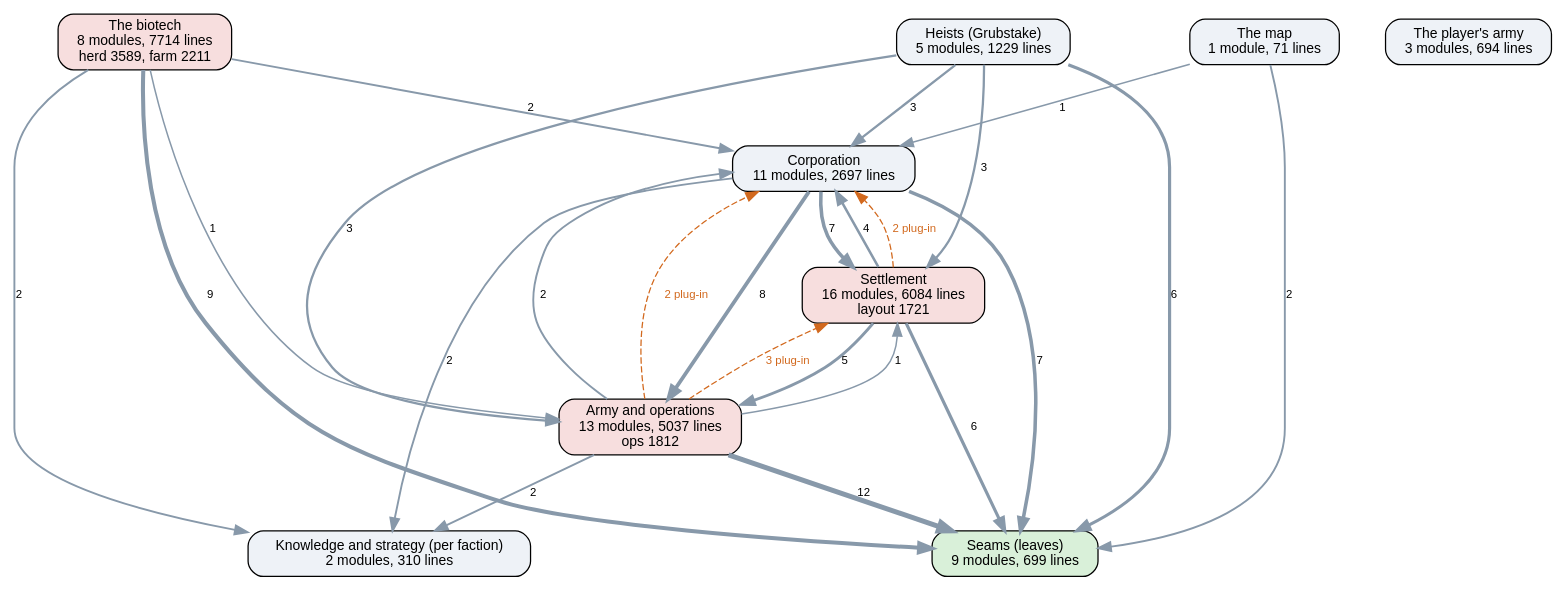
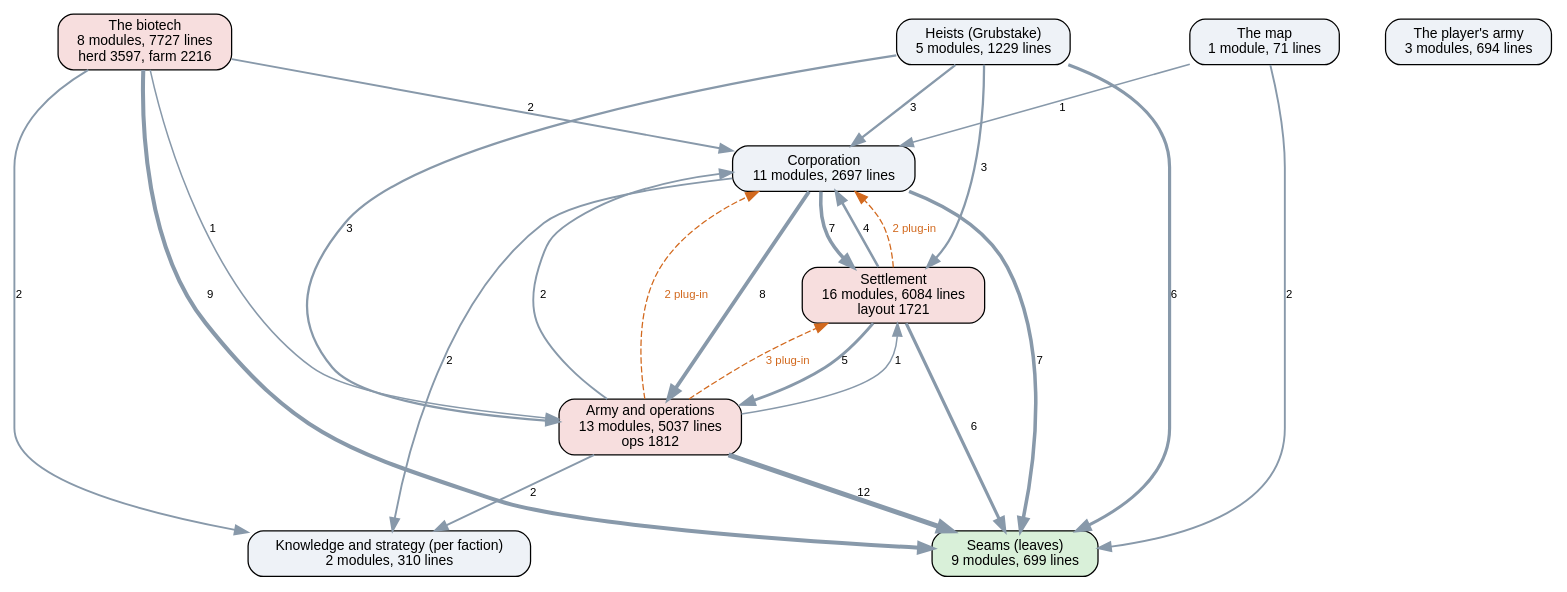
Before and after one commit to kinelhu/landing-party: the diagram in docs/ai-layers.dot, drawn with Graphviz. The commit also changed 10 other files, not shown here.

```diff
--- a/docs/ai-layers.dot
+++ b/docs/ai-layers.dot
@@ -1,38 +1,38 @@
 digraph layers {
   graph [rankdir=TB, fontname="Helvetica", nodesep=0.5, ranksep=0.7];
   node [shape=box, style="rounded,filled", fontname="Helvetica", fontsize=11, fillcolor="#eef2f7"];
   edge [color="#8899aa", fontname="Helvetica", fontsize=9];
   "Seams (leaves)" [label="Seams (leaves)\n9 modules, 699 lines", fillcolor="#d9f0d9"];
   "Knowledge and strategy (per faction)" [label="Knowledge and strategy (per faction)\n2 modules, 310 lines", fillcolor="#eef2f7"];
   "Corporation" [label="Corporation\n11 modules, 2697 lines", fillcolor="#eef2f7"];
   "Settlement" [label="Settlement\n16 modules, 6084 lines\nlayout 1721", fillcolor="#f7dede"];
   "Army and operations" [label="Army and operations\n13 modules, 5037 lines\nops 1812", fillcolor="#f7dede"];
   "Heists (Grubstake)" [label="Heists (Grubstake)\n5 modules, 1229 lines", fillcolor="#eef2f7"];
-  "The biotech" [label="The biotech\n8 modules, 7714 lines\nherd 3589, farm 2211", fillcolor="#f7dede"];
+  "The biotech" [label="The biotech\n8 modules, 7727 lines\nherd 3597, farm 2216", fillcolor="#f7dede"];
   "The map" [label="The map\n1 module, 71 lines", fillcolor="#eef2f7"];
   "The player's army" [label="The player's army\n3 modules, 694 lines", fillcolor="#eef2f7"];
   "Army and operations" -> "Corporation" [label="2", penwidth=1.5];
   "Army and operations" -> "Knowledge and strategy (per faction)" [label="2", penwidth=1.5];
   "Army and operations" -> "Seams (leaves)" [label="12", penwidth=4.0];
   "Army and operations" -> "Settlement" [label="1", penwidth=1.2];
   "Corporation" -> "Army and operations" [label="8", penwidth=3.0];
   "Corporation" -> "Knowledge and strategy (per faction)" [label="2", penwidth=1.5];
   "Corporation" -> "Seams (leaves)" [label="7", penwidth=2.8];
   "Corporation" -> "Settlement" [label="7", penwidth=2.8];
   "Heists (Grubstake)" -> "Army and operations" [label="3", penwidth=1.8];
   "Heists (Grubstake)" -> "Corporation" [label="3", penwidth=1.8];
   "Heists (Grubstake)" -> "Seams (leaves)" [label="6", penwidth=2.5];
   "Heists (Grubstake)" -> "Settlement" [label="3", penwidth=1.8];
   "Settlement" -> "Army and operations" [label="5", penwidth=2.2];
   "Settlement" -> "Corporation" [label="4", penwidth=2.0];
   "Settlement" -> "Seams (leaves)" [label="6", penwidth=2.5];
   "The biotech" -> "Army and operations" [label="1", penwidth=1.2];
   "The biotech" -> "Corporation" [label="2", penwidth=1.5];
   "The biotech" -> "Knowledge and strategy (per faction)" [label="2", penwidth=1.5];
   "The biotech" -> "Seams (leaves)" [label="9", penwidth=3.2];
   "The map" -> "Corporation" [label="1", penwidth=1.2];
   "The map" -> "Seams (leaves)" [label="2", penwidth=1.5];
   "Army and operations" -> "Corporation" [style=dashed, color="#d2691e", fontcolor="#d2691e", label="2 plug-in"];
   "Army and operations" -> "Settlement" [style=dashed, color="#d2691e", fontcolor="#d2691e", label="3 plug-in"];
   "Settlement" -> "Corporation" [style=dashed, color="#d2691e", fontcolor="#d2691e", label="2 plug-in"];
 }
```
